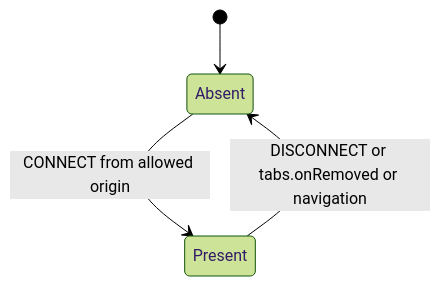
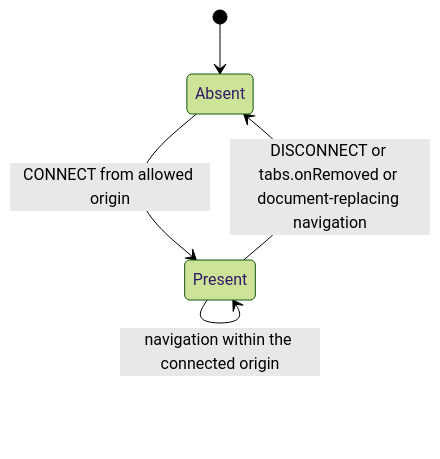
Before and after one commit to webex/webex-js-sdk: the third of 3 diagrams in packages/@webex/web-extension-bridge/src/extension/docs/README.md, drawn with Mermaid (forest theme). The commit also changed other lines of this file and 12 other files, not shown here.

Commit message:
fix(web-extension-bridge): keep the connection across same-document navigation (#5330)

````diff
--- a/packages/@webex/web-extension-bridge/src/extension/docs/README.md
+++ b/packages/@webex/web-extension-bridge/src/extension/docs/README.md
@@ -211,6 +214,7 @@
 ```mermaid
 stateDiagram-v2
   [*] --> Absent
   Absent --> Present: CONNECT from allowed origin
-  Present --> Absent: DISCONNECT or tabs.onRemoved or navigation
+  Present --> Absent: DISCONNECT or tabs.onRemoved or document-replacing navigation
+  Present --> Present: navigation within the connected origin
 ```
````
